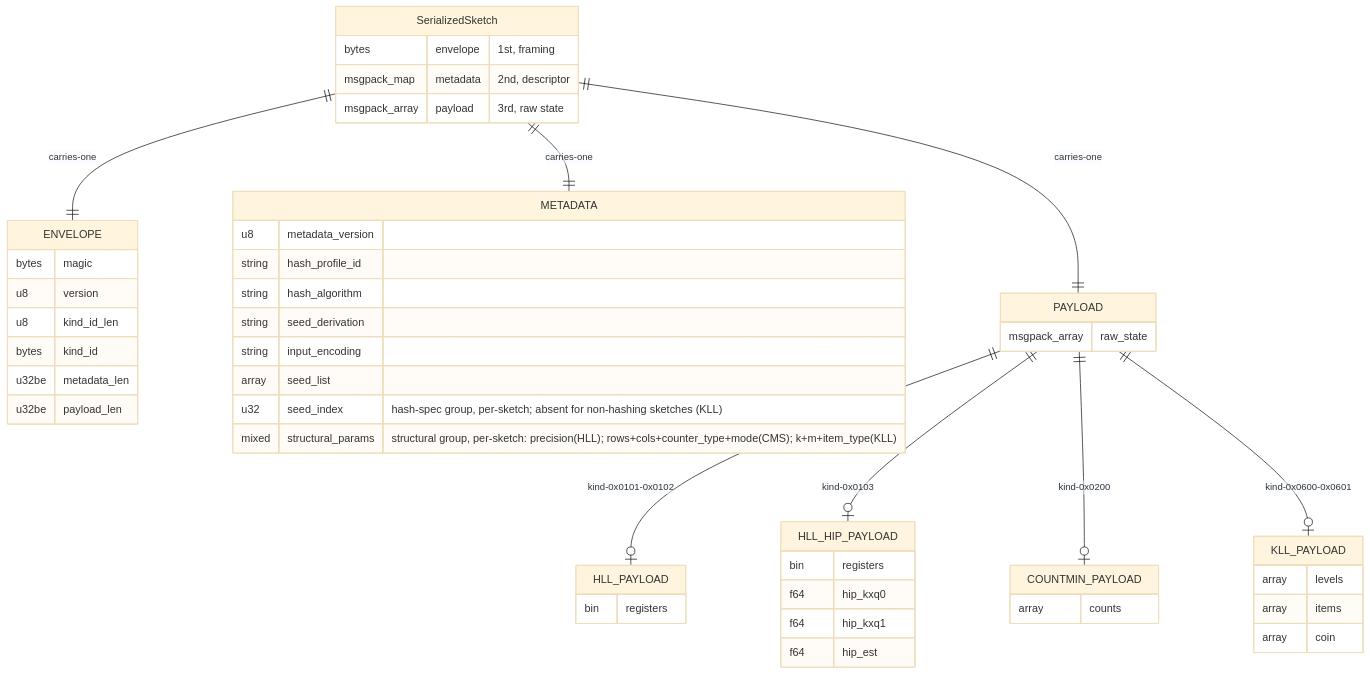
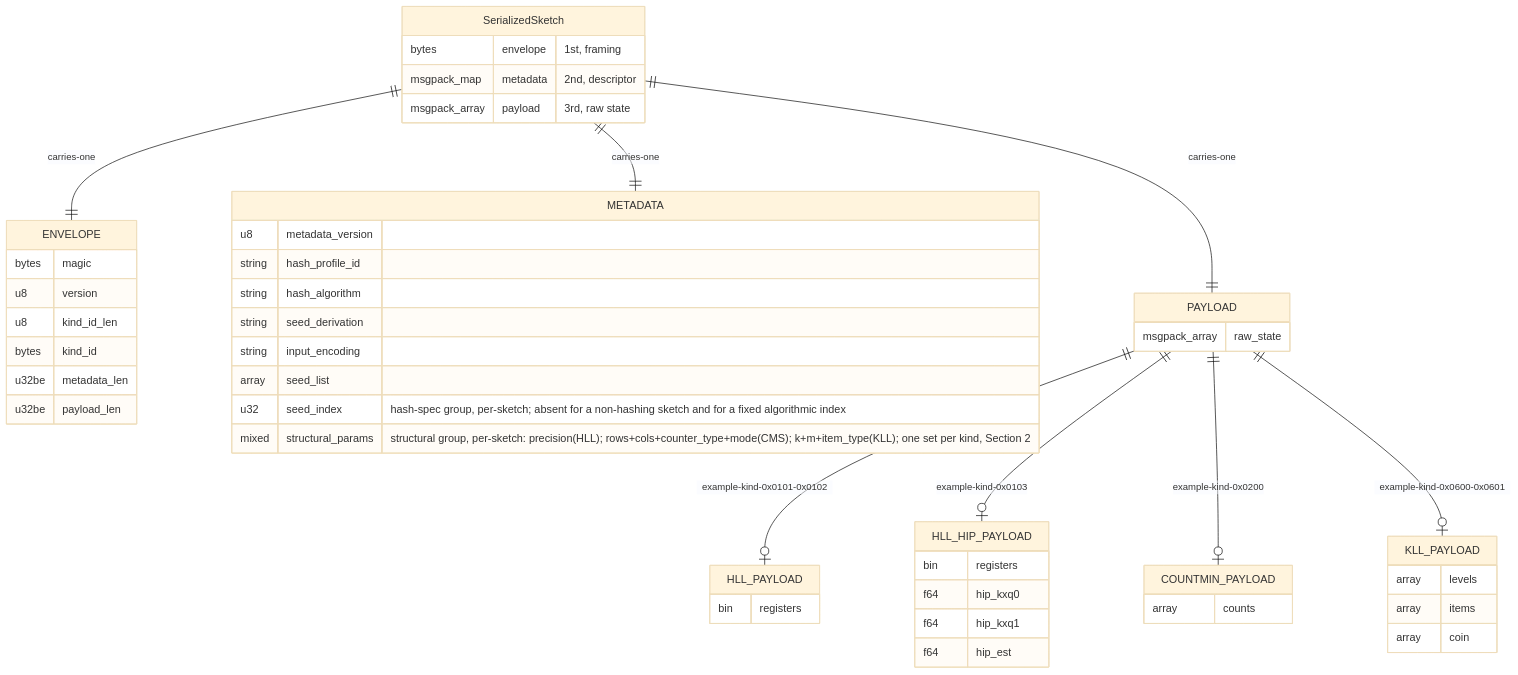
The diagram in docs/asapv1_wire_format.md (ProjectASAP/asap_sketchlib), drawn with Mermaid (base theme) before and after one commit. The commit also changed other lines of this file and 7 other files, not shown here.

````diff
--- a/docs/asapv1_wire_format.md
+++ b/docs/asapv1_wire_format.md
@@ -63,53 +65,53 @@
 ```mermaid
 erDiagram
     SerializedSketch {
         bytes envelope "1st, framing"
         msgpack_map metadata "2nd, descriptor"
         msgpack_array payload "3rd, raw state"
     }
     SerializedSketch ||--|| ENVELOPE : carries-one
     SerializedSketch ||--|| METADATA : carries-one
     SerializedSketch ||--|| PAYLOAD : carries-one
-    PAYLOAD ||--o| HLL_PAYLOAD : kind-0x0101-0x0102
-    PAYLOAD ||--o| HLL_HIP_PAYLOAD : kind-0x0103
-    PAYLOAD ||--o| COUNTMIN_PAYLOAD : kind-0x0200
-    PAYLOAD ||--o| KLL_PAYLOAD : kind-0x0600-0x0601
+    PAYLOAD ||--o| HLL_PAYLOAD : example-kind-0x0101-0x0102
+    PAYLOAD ||--o| HLL_HIP_PAYLOAD : example-kind-0x0103
+    PAYLOAD ||--o| COUNTMIN_PAYLOAD : example-kind-0x0200
+    PAYLOAD ||--o| KLL_PAYLOAD : example-kind-0x0600-0x0601
     ENVELOPE {
         bytes magic
         u8 version
         u8 kind_id_len
         bytes kind_id
         u32be metadata_len
         u32be payload_len
     }
     METADATA {
         u8 metadata_version
         string hash_profile_id
         string hash_algorithm
         string seed_derivation
         string input_encoding
         array seed_list
-        u32 seed_index "hash-spec group, per-sketch; absent for non-hashing sketches (KLL)"
-        mixed structural_params "structural group, per-sketch: precision(HLL); rows+cols+counter_type+mode(CMS); k+m+item_type(KLL)"
+        u32 seed_index "hash-spec group, per-sketch; absent for a non-hashing sketch and for a fixed algorithmic index"
+        mixed structural_params "structural group, per-sketch: precision(HLL); rows+cols+counter_type+mode(CMS); k+m+item_type(KLL); one set per kind, Section 2"
     }
     PAYLOAD {
         msgpack_array raw_state
     }
     HLL_PAYLOAD {
         bin registers
     }
     HLL_HIP_PAYLOAD {
         bin registers
         f64 hip_kxq0
         f64 hip_kxq1
         f64 hip_est
     }
     COUNTMIN_PAYLOAD {
         array counts
     }
     KLL_PAYLOAD {
         array levels
         array items
         array coin
     }
 ```
````
